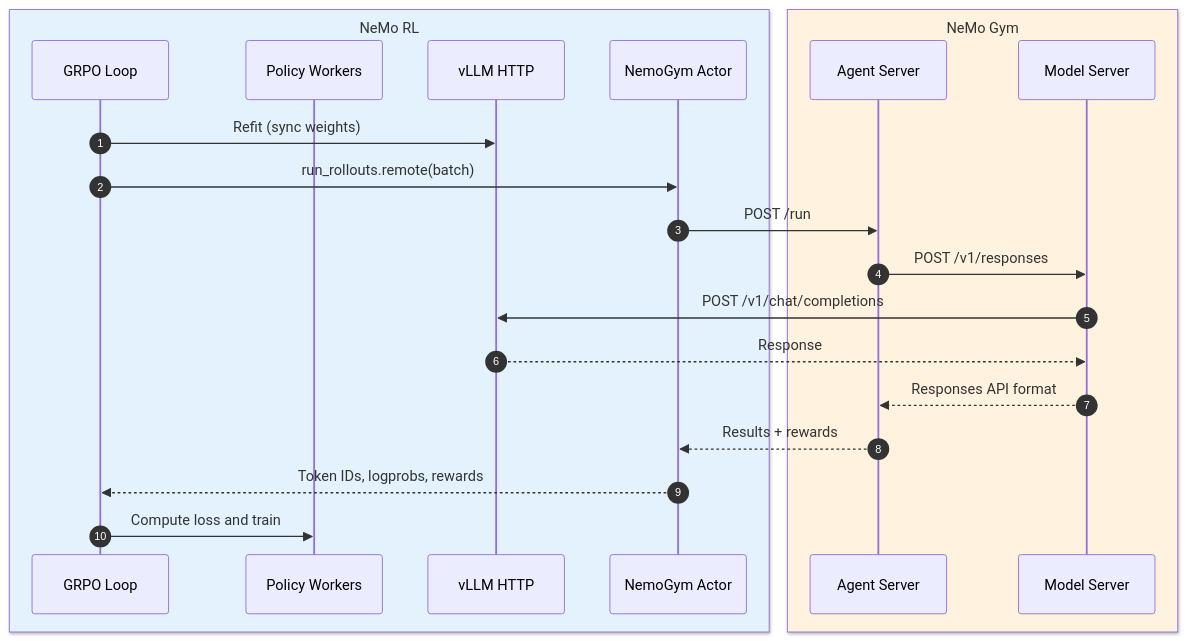
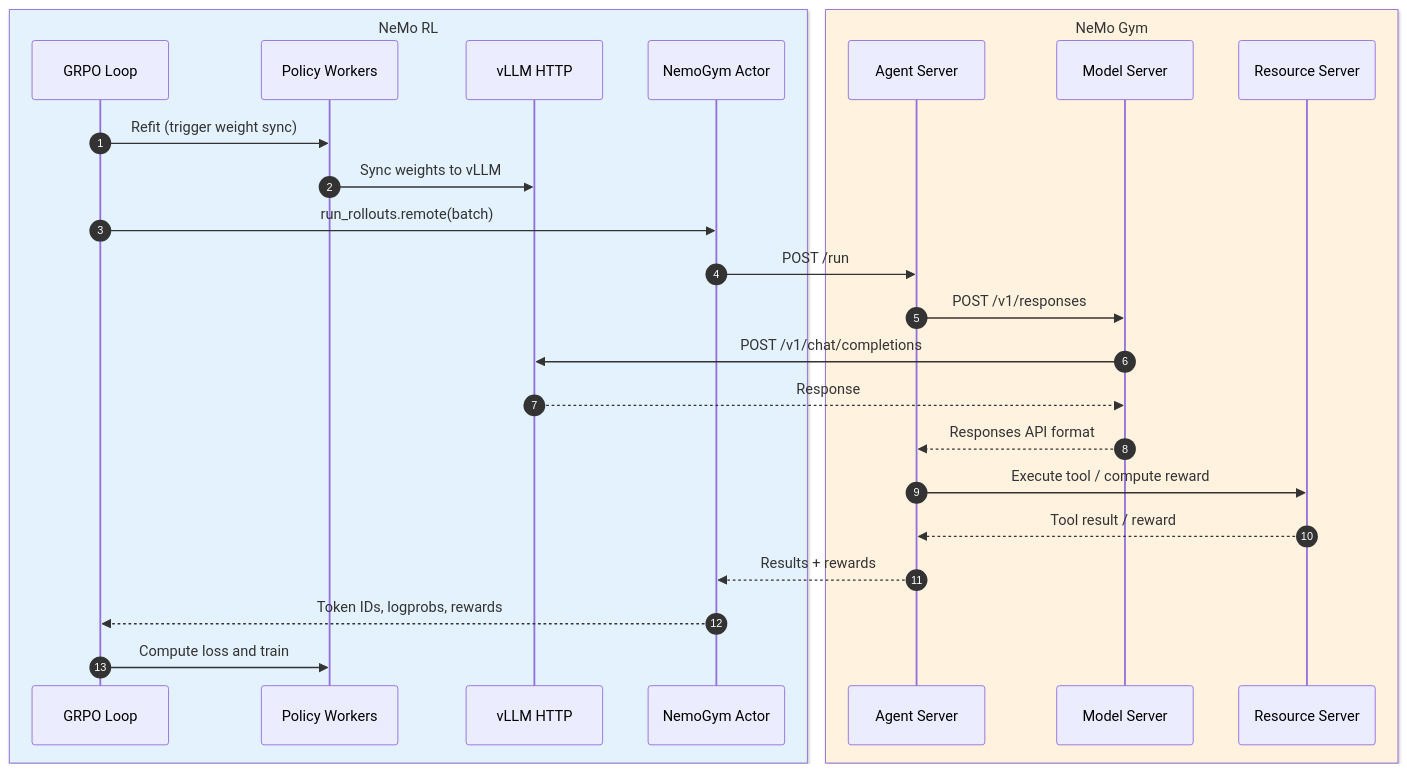
The fourth of 5 diagrams in docs/design-docs/nemo-gym-integration.md (NVIDIA-NeMo/RL), drawn with Mermaid before and after one commit. The commit also changed other lines of this file, not shown here.

````diff
--- a/docs/design-docs/nemo-gym-integration.md
+++ b/docs/design-docs/nemo-gym-integration.md
@@ -142,26 +153,30 @@
-```{mermaid}
+```mermaid
 %%{init: {'theme': 'default', 'themeVariables': { 'lineColor': '#5c6bc0', 'primaryTextColor': '#333'}}}%%
 sequenceDiagram
     autonumber
     box rgb(227, 242, 253) NeMo RL
         participant GRPO as GRPO Loop
         participant Policy as Policy Workers
         participant vLLM as vLLM HTTP
         participant Bridge as NemoGym Actor
     end
     box rgb(255, 243, 224) NeMo Gym
         participant Agent as Agent Server
         participant Model as Model Server
+        participant Resource as Resource Server
     end
     
-    GRPO->>vLLM: Refit (sync weights)
+    GRPO->>Policy: Refit (trigger weight sync)
+    Policy->>vLLM: Sync weights to vLLM
     GRPO->>Bridge: run_rollouts.remote(batch)
     Bridge->>Agent: POST /run
     Agent->>Model: POST /v1/responses
     Model->>vLLM: POST /v1/chat/completions
     vLLM-->>Model: Response
     Model-->>Agent: Responses API format
+    Agent->>Resource: Execute tool / compute reward
+    Resource-->>Agent: Tool result / reward
     Agent-->>Bridge: Results + rewards
     Bridge-->>GRPO: Token IDs, logprobs, rewards
     GRPO->>Policy: Compute loss and train
 ```
````
